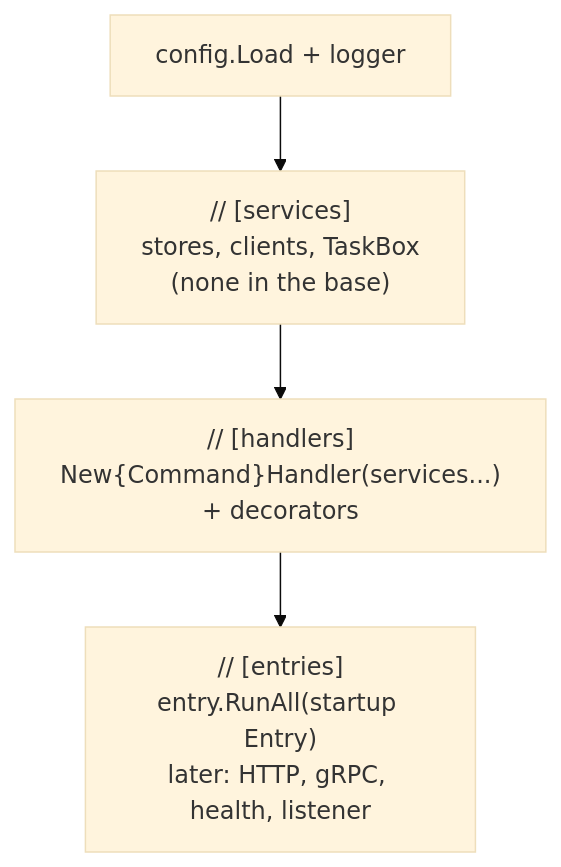
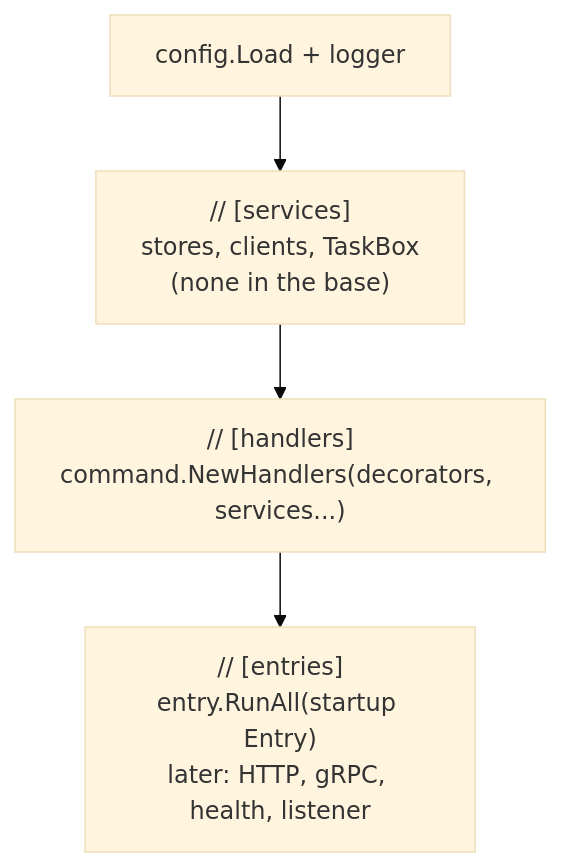
Before and after one commit to InsonusK/ai-skills: the diagram in library/architecture/go/base-plateau-in-go.skill/glossary/composition-root.md, drawn with Mermaid (base theme). The commit also changed other lines of this file and 112 other files, not shown here.

````diff
--- a/library/architecture/go/base-plateau-in-go.skill/glossary/composition-root.md
+++ b/library/architecture/go/base-plateau-in-go.skill/glossary/composition-root.md
@@ -15,6 +15,6 @@
 ```mermaid
 flowchart TB
     C["config.Load + logger"] --> S["// [services]<br/>stores, clients, TaskBox<br/>(none in the base)"]
-    S --> H["// [handlers]<br/>New{Command}Handler(services...)<br/>+ decorators"]
+    S --> H["// [handlers]<br/>command.NewHandlers(decorators, services...)"]
     H --> E["// [entries]<br/>entry.RunAll(startup Entry)<br/>later: HTTP, gRPC, health, listener"]
 ```
````
